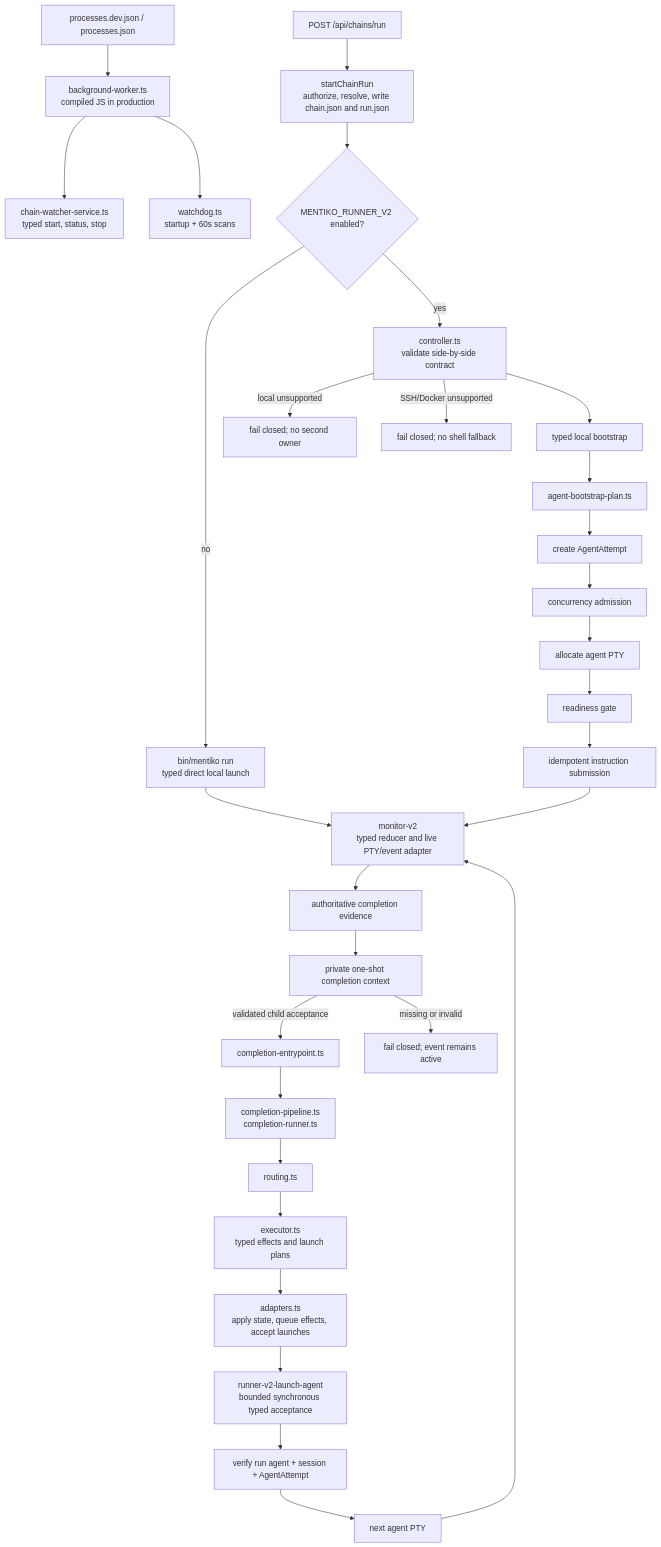
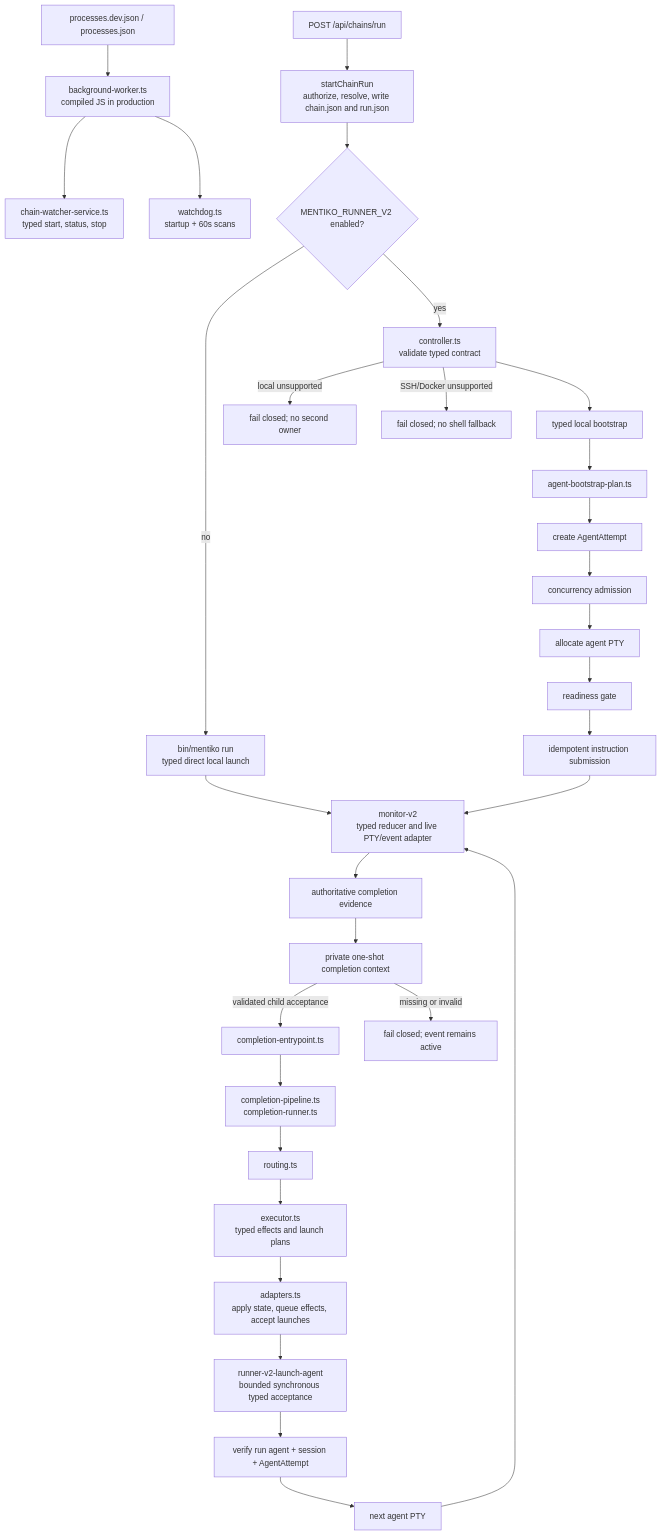
Before and after one commit to kollaborai/mentiko: the first of 2 diagrams in docs/RUNNER_V2_ARCHITECTURE.md, drawn with Mermaid. The commit also changed other lines of this file and 34 other files, not shown here.

````diff
--- a/docs/RUNNER_V2_ARCHITECTURE.md
+++ b/docs/RUNNER_V2_ARCHITECTURE.md
@@ -46,39 +44,39 @@
 ```mermaid
 flowchart TD
     PROCESSES["processes.dev.json / processes.json"] --> WORKER["background-worker.ts<br/>compiled JS in production"]
     WORKER --> WATCHER["chain-watcher-service.ts<br/>typed start, status, stop"]
     WORKER --> WATCHDOG["watchdog.ts<br/>startup + 60s scans"]
 
     HTTP["POST /api/chains/run"] --> SERVICE["startChainRun<br/>authorize, resolve, write chain.json and run.json"]
     SERVICE --> GATE{"MENTIKO_RUNNER_V2 enabled?"}
 
     GATE -->|no| DIRECT0["bin/mentiko run<br/>typed direct local launch"]
-    GATE -->|yes| CONTROLLER["controller.ts<br/>validate side-by-side contract"]
+    GATE -->|yes| CONTROLLER["controller.ts<br/>validate typed contract"]
     CONTROLLER --> BOOTSTRAP["typed local bootstrap"]
     BOOTSTRAP --> PLAN["agent-bootstrap-plan.ts"]
     PLAN --> ATTEMPT["create AgentAttempt"]
     ATTEMPT --> ADMISSION["concurrency admission"]
     ADMISSION --> PTY["allocate agent PTY"]
     PTY --> READY["readiness gate"]
     READY --> SUBMIT["idempotent instruction submission"]
 
     CONTROLLER -->|local unsupported| CLOSE0["fail closed; no second owner"]
     CONTROLLER -->|SSH/Docker unsupported| CLOSE1["fail closed; no shell fallback"]
     DIRECT0 --> MONITOR
 
     SUBMIT --> MONITOR["monitor-v2<br/>typed reducer and live PTY/event adapter"]
 
     MONITOR --> EVIDENCE["authoritative completion evidence"]
     EVIDENCE --> CONTEXT["private one-shot completion context"]
     CONTEXT -->|validated child acceptance| ENTRY["completion-entrypoint.ts"]
     CONTEXT -->|missing or invalid| CLOSE["fail closed; event remains active"]
 
     ENTRY --> REDUCE["completion-pipeline.ts<br/>completion-runner.ts"]
     REDUCE --> ROUTE["routing.ts"]
     ROUTE --> EXECUTOR["executor.ts<br/>typed effects and launch plans"]
     EXECUTOR --> ADAPTERS["adapters.ts<br/>apply state, queue effects, accept launches"]
     ADAPTERS --> ACCEPT["runner-v2-launch-agent<br/>bounded synchronous typed acceptance"]
     ACCEPT --> PROOF["verify run agent + session + AgentAttempt"]
     PROOF --> NEXT["next agent PTY"]
     NEXT --> MONITOR
 ```
````
